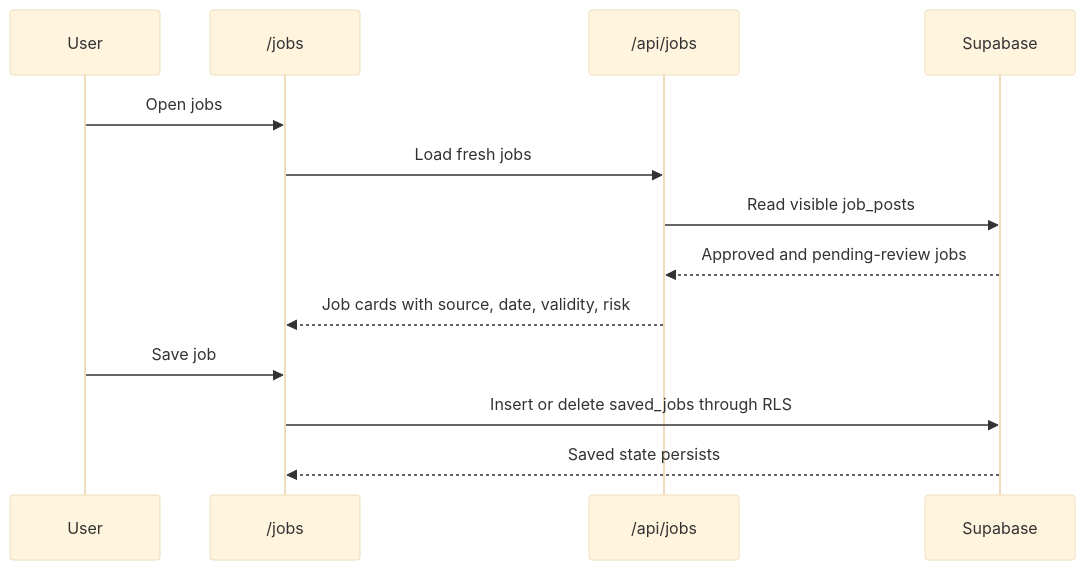
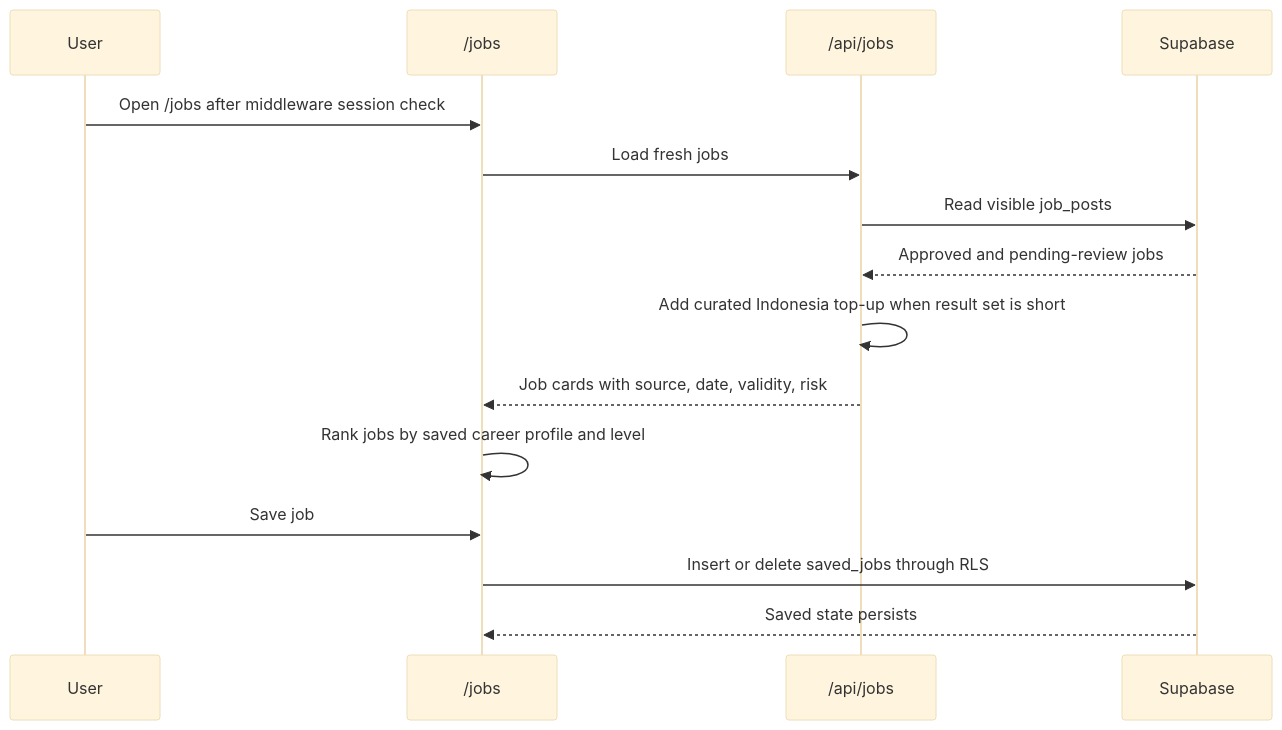
Before and after one commit to Sutannn13/Skill-Path-AI: the seventh of 7 diagrams in docs/flow-overview.md, drawn with Mermaid (base theme). The commit also changed other lines of this file and 23 other files, not shown here.

````diff
--- a/docs/flow-overview.md
+++ b/docs/flow-overview.md
@@ -87,16 +104,18 @@
 ```mermaid
 sequenceDiagram
   participant User
   participant Page as /jobs
   participant API as /api/jobs
   participant DB as Supabase
 
-  User->>Page: Open jobs
+  User->>Page: Open /jobs after middleware session check
   Page->>API: Load fresh jobs
   API->>DB: Read visible job_posts
   DB-->>API: Approved and pending-review jobs
+  API->>API: Add curated Indonesia top-up when result set is short
   API-->>Page: Job cards with source, date, validity, risk
+  Page->>Page: Rank jobs by saved career profile and level
   User->>Page: Save job
   Page->>DB: Insert or delete saved_jobs through RLS
   DB-->>Page: Saved state persists
 ```
````
